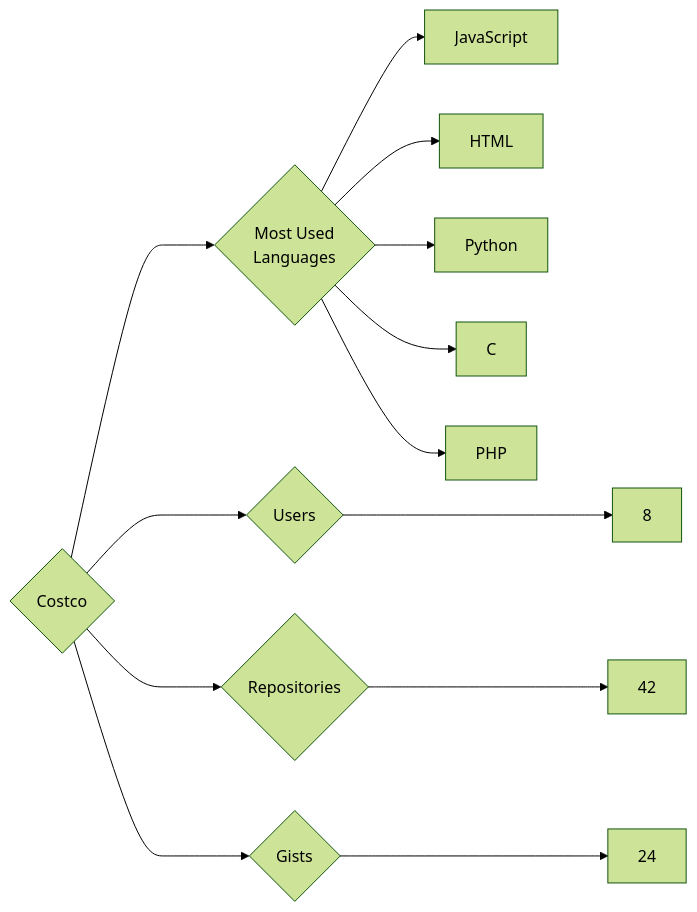
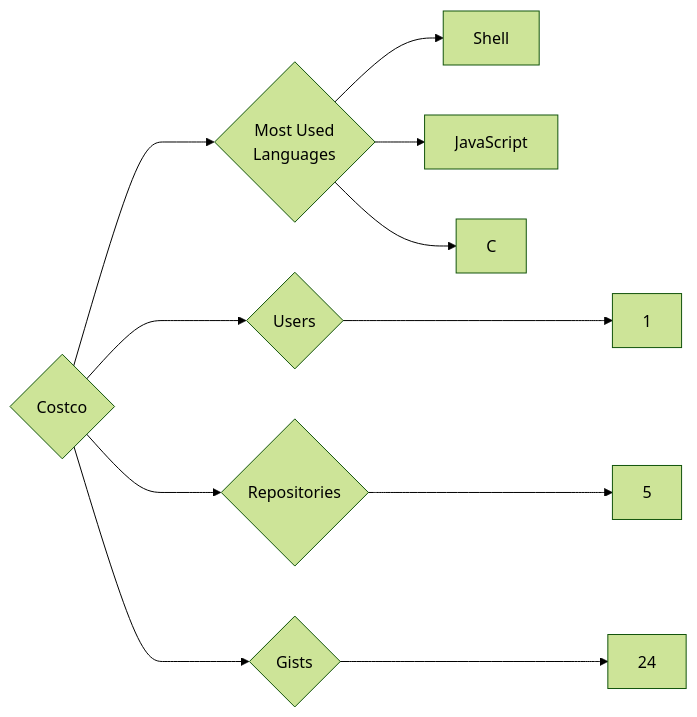
The diagram in targets/Costco/README.md (trickest/insiders), drawn with Mermaid (forest theme) before and after one commit. The commit also changed 880 other files, not shown here.

````diff
--- a/targets/Costco/README.md
+++ b/targets/Costco/README.md
@@ -3,13 +3,11 @@
 ```mermaid
 graph LR
 COMPANY_NAME{Costco}
-COMPANY_NAME ---> U{Users} ---> UN[8]
-COMPANY_NAME ---> R{Repositories} ---> RN[42]
+COMPANY_NAME ---> U{Users} ---> UN[1]
+COMPANY_NAME ---> R{Repositories} ---> RN[5]
 COMPANY_NAME ---> G{Gists} ---> GN[24]
 COMPANY_NAME ---> ML{Most Used<br>Languages}
+ML --> Shell[Shell]
 ML --> JavaScript[JavaScript]
-ML --> HTML[HTML]
-ML --> Python[Python]
 ML --> C[C]
-ML --> PHP[PHP]
 ```
````
